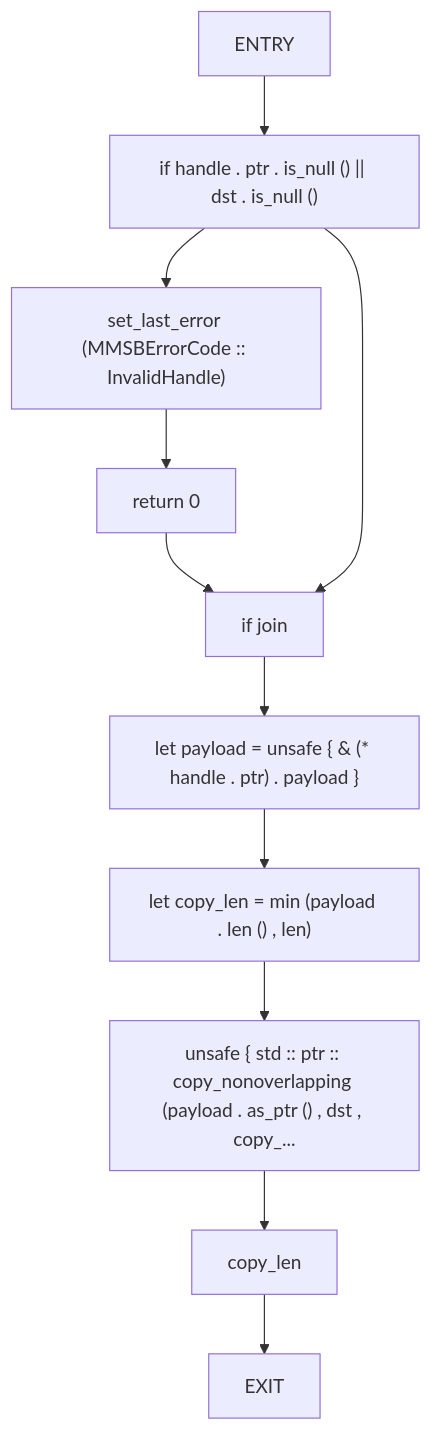
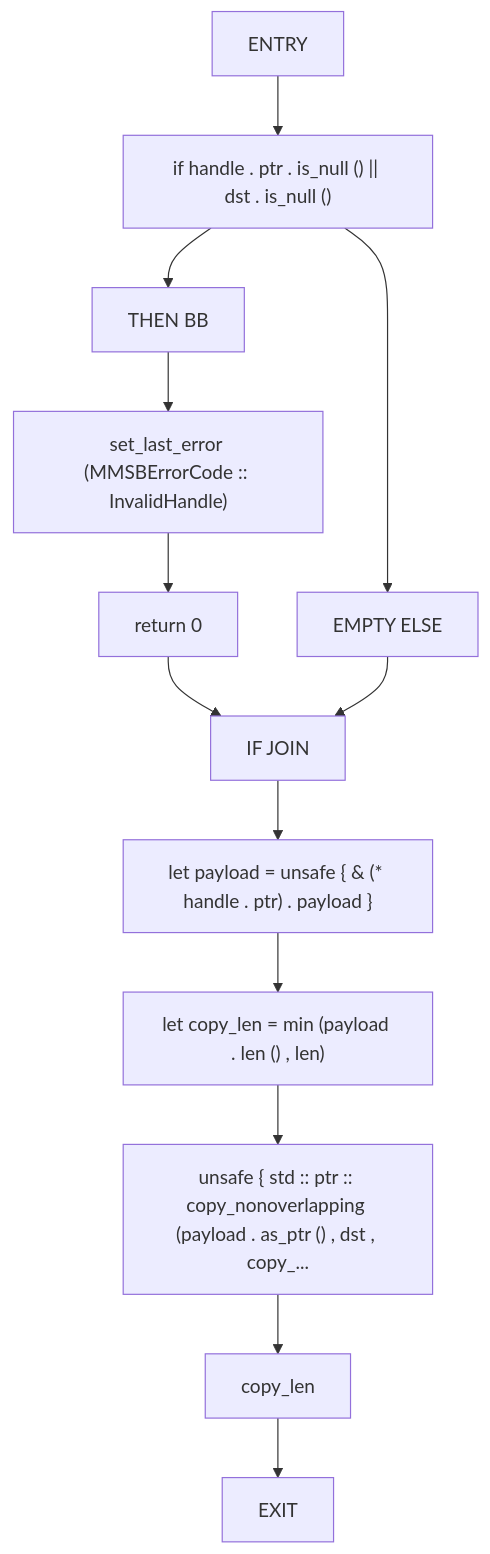
Diagram 17 of 56 in docs/analysis/cfg/080-src-ffi_rs.md (cicero-violate/MMSB), drawn with Mermaid before and after one commit. The commit also changed other lines of this file and 865 other files, not shown here.

````diff
--- a/docs/analysis/cfg/080-src-ffi_rs.md
+++ b/docs/analysis/cfg/080-src-ffi_rs.md
@@ -598,23 +602,27 @@
 ```mermaid
 flowchart TD
     mmsb_delta_copy_payload_0["ENTRY"]
     mmsb_delta_copy_payload_1["if handle . ptr . is_null () || dst . is_null ()"]
-    mmsb_delta_copy_payload_2["set_last_error (MMSBErrorCode :: InvalidHandle)"]
-    mmsb_delta_copy_payload_3["return 0"]
-    mmsb_delta_copy_payload_4["if join"]
-    mmsb_delta_copy_payload_5["let payload = unsafe { & (* handle . ptr) . payload }"]
-    mmsb_delta_copy_payload_6["let copy_len = min (payload . len () , len)"]
-    mmsb_delta_copy_payload_7["unsafe { std :: ptr :: copy_nonoverlapping (payload . as_ptr () , dst , copy_..."]
-    mmsb_delta_copy_payload_8["copy_len"]
-    mmsb_delta_copy_payload_9["EXIT"]
+    mmsb_delta_copy_payload_2["THEN BB"]
+    mmsb_delta_copy_payload_3["set_last_error (MMSBErrorCode :: InvalidHandle)"]
+    mmsb_delta_copy_payload_4["return 0"]
+    mmsb_delta_copy_payload_5["EMPTY ELSE"]
+    mmsb_delta_copy_payload_6["IF JOIN"]
+    mmsb_delta_copy_payload_7["let payload = unsafe { & (* handle . ptr) . payload }"]
+    mmsb_delta_copy_payload_8["let copy_len = min (payload . len () , len)"]
+    mmsb_delta_copy_payload_9["unsafe { std :: ptr :: copy_nonoverlapping (payload . as_ptr () , dst , copy_..."]
+    mmsb_delta_copy_payload_10["copy_len"]
+    mmsb_delta_copy_payload_11["EXIT"]
     mmsb_delta_copy_payload_0 --> mmsb_delta_copy_payload_1
     mmsb_delta_copy_payload_1 --> mmsb_delta_copy_payload_2
     mmsb_delta_copy_payload_2 --> mmsb_delta_copy_payload_3
     mmsb_delta_copy_payload_3 --> mmsb_delta_copy_payload_4
-    mmsb_delta_copy_payload_1 --> mmsb_delta_copy_payload_4
-    mmsb_delta_copy_payload_4 --> mmsb_delta_copy_payload_5
+    mmsb_delta_copy_payload_1 --> mmsb_delta_copy_payload_5
+    mmsb_delta_copy_payload_4 --> mmsb_delta_copy_payload_6
     mmsb_delta_copy_payload_5 --> mmsb_delta_copy_payload_6
     mmsb_delta_copy_payload_6 --> mmsb_delta_copy_payload_7
     mmsb_delta_copy_payload_7 --> mmsb_delta_copy_payload_8
     mmsb_delta_copy_payload_8 --> mmsb_delta_copy_payload_9
+    mmsb_delta_copy_payload_9 --> mmsb_delta_copy_payload_10
+    mmsb_delta_copy_payload_10 --> mmsb_delta_copy_payload_11
 ```
````
